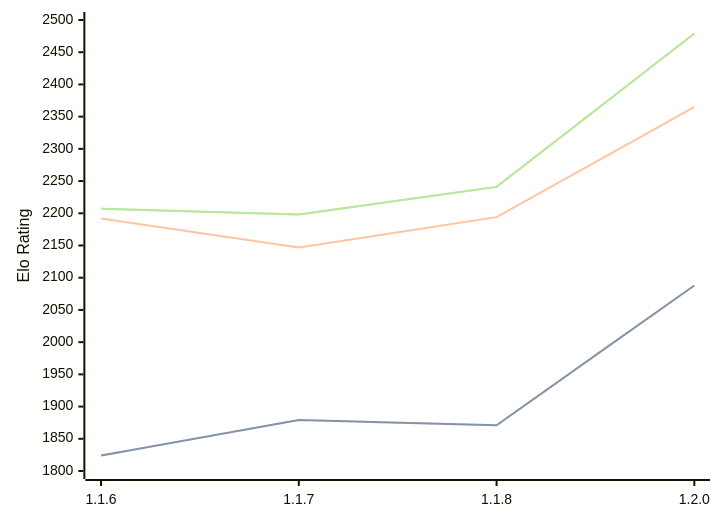
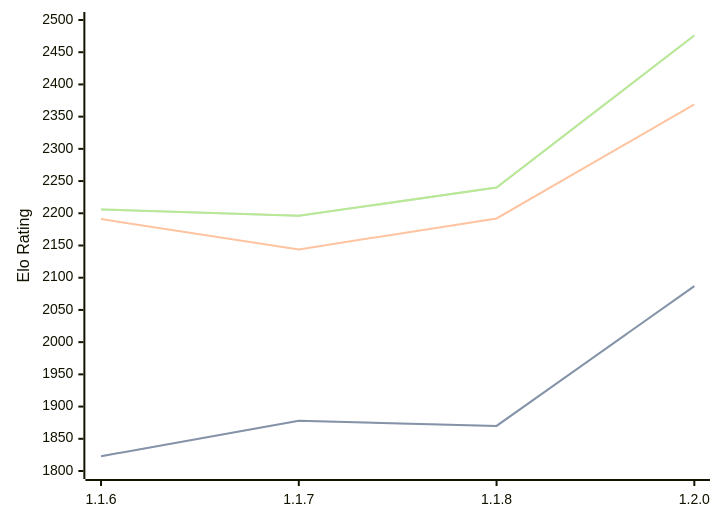
The diagram in engines/Soomi.md (computer-chess-index/cci), drawn with Mermaid before and after one commit. The commit also changed other lines of this file, not shown here.

Commit message:
Update CCI Ratings (ELO VLTC) - 2026-03-08

````diff
--- a/engines/Soomi.md
+++ b/engines/Soomi.md
@@ -32,11 +32,11 @@
 ```mermaid
 %%{init: {"theme":"base","themeVariables":{"seriesColors:['#a3a3a3','#222221','#faa371']}}}%%
 xychart-beta
   x-axis ["1.1.6", "1.1.7", "1.1.8", "1.2.0"]
   y-axis "Elo Rating" 1800 --> 2500
-  line "STC (8.0+0.08s)" [1824, 1879, 1871, 2088]
-  line "STC (8.0+0.08s)" [1824, 1879, 1871, 2088]
-  line "LTC (60.0+0.60s)" [2192, 2147, 2194, 2365]
-  line "VLTC (2m24s+1.12s)" [2207, 2198, 2241, 2479]
-  line "VLTC (2m24s+1.12s)" [2207, 2198, 2241, 2479]
+  line "STC (8.0+0.08s)" [1823, 1878, 1870, 2087]
+  line "STC (8.0+0.08s)" [1823, 1878, 1870, 2087]
+  line "LTC (60.0+0.60s)" [2191, 2144, 2192, 2369]
+  line "VLTC (2m24s+1.12s)" [2206, 2196, 2240, 2476]
+  line "VLTC (2m24s+1.12s)" [2206, 2196, 2240, 2476]
 ```
````
